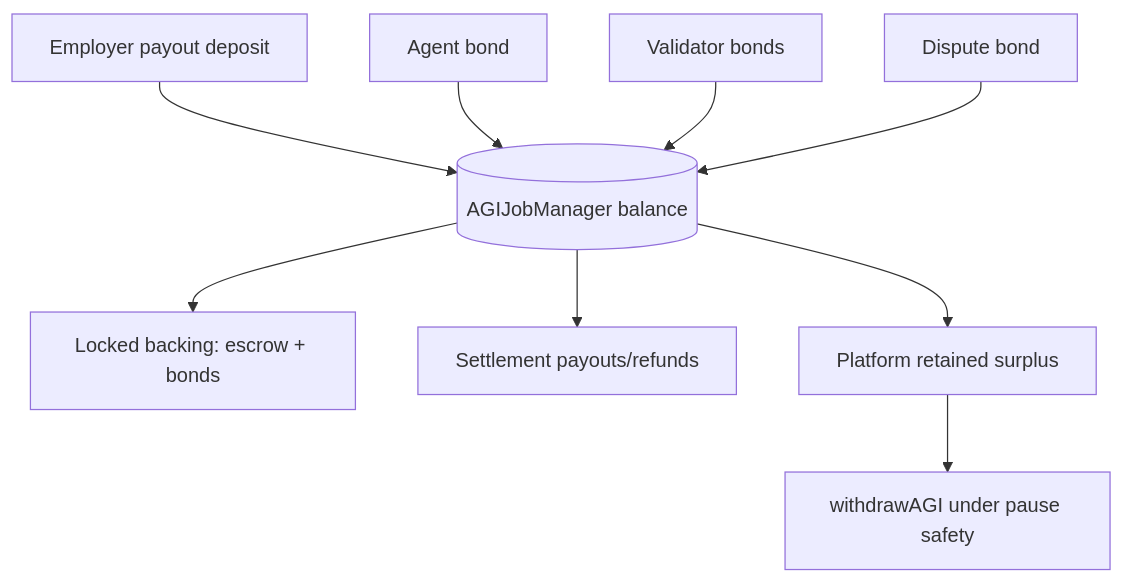
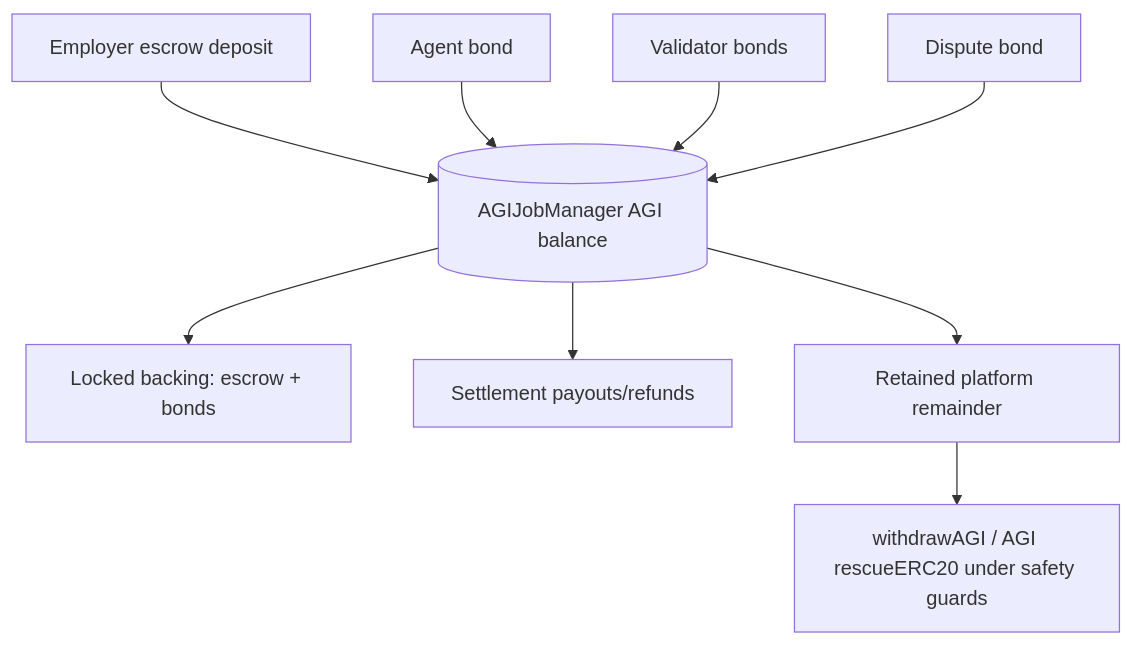
The second of 4 diagrams in docs/MAINNET_OPERATIONS.md (MontrealAI/AGIJobManager), drawn with Mermaid before and after one commit. The commit also changed other lines of this file and 5 other files, not shown here.

````diff
--- a/docs/MAINNET_OPERATIONS.md
+++ b/docs/MAINNET_OPERATIONS.md
@@ -99,11 +144,11 @@
 ```mermaid
 flowchart TD
-    E[Employer payout deposit] --> C[(AGIJobManager balance)]
-    A[Agent bond] --> C
-    V[Validator bonds] --> C
-    D[Dispute bond] --> C
+    E[Employer escrow deposit] --> C[(AGIJobManager AGI balance)]
+    AB[Agent bond] --> C
+    VB[Validator bonds] --> C
+    DB[Dispute bond] --> C
     C --> L[Locked backing: escrow + bonds]
-    C --> S[Settlement payouts/refunds]
-    C --> R[Platform retained surplus]
-    R --> W[withdrawAGI under pause safety]
+    C --> P[Settlement payouts/refunds]
+    C --> R[Retained platform remainder]
+    R --> W[withdrawAGI / AGI rescueERC20 under safety guards]
 ```
````
